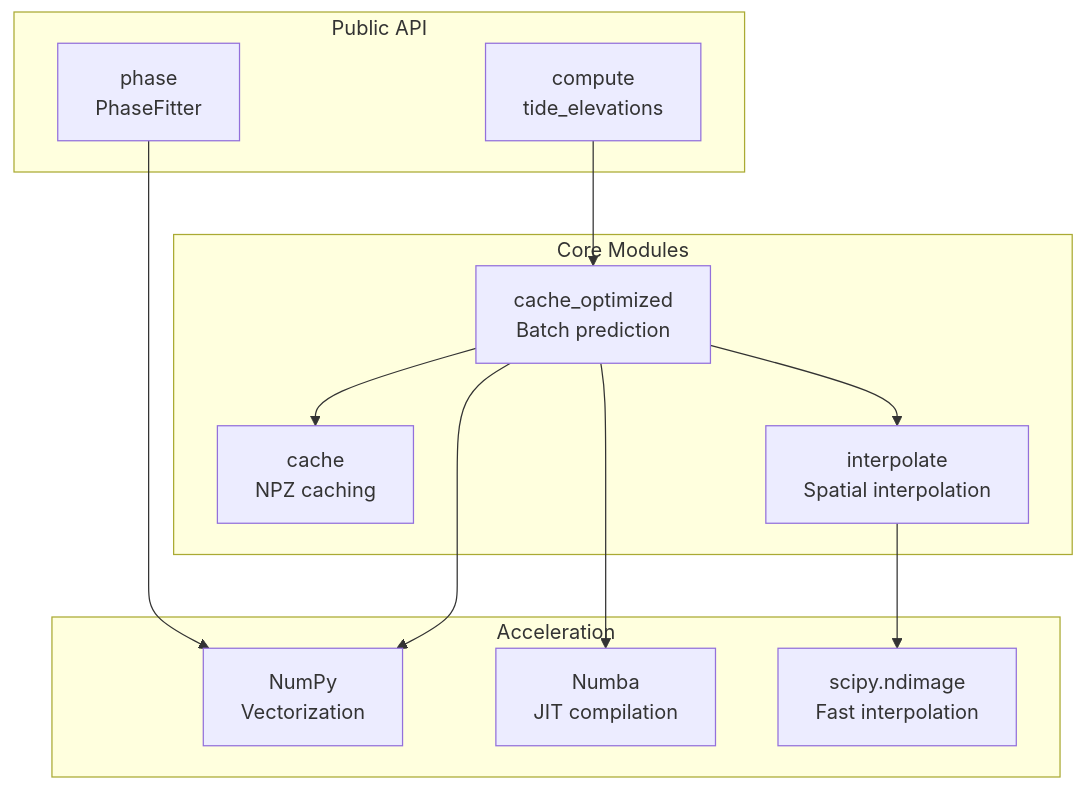
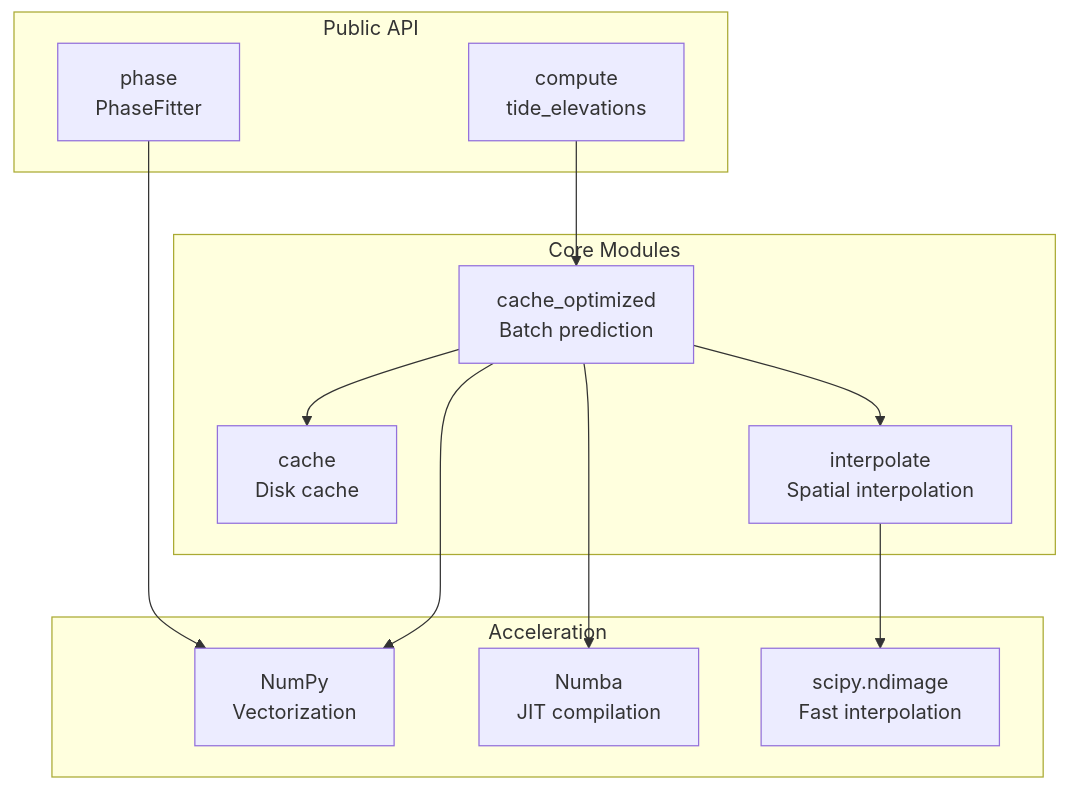
Before and after one commit to tkykszk/pyTMD_turbo: the first of 2 diagrams in docs/index.md, drawn with Mermaid. The commit also changed other lines of this file and 47 other files, not shown here.

````diff
--- a/docs/index.md
+++ b/docs/index.md
@@ -14,27 +14,27 @@
 ```mermaid
 graph TB
     subgraph API["Public API"]
         CE[compute<br/>tide_elevations]
         PH[phase<br/>PhaseFitter]
     end
 
     subgraph Core["Core Modules"]
-        CA[cache<br/>NPZ caching]
+        CA[cache<br/>Disk cache]
         CO[cache_optimized<br/>Batch prediction]
         IN[interpolate<br/>Spatial interpolation]
     end
 
     subgraph Accel["Acceleration"]
         NP[NumPy<br/>Vectorization]
         NB[Numba<br/>JIT compilation]
         SP[scipy.ndimage<br/>Fast interpolation]
     end
 
     CE --> CO
     PH --> NP
     CO --> CA
     CO --> IN
     CO --> NP
     CO --> NB
     IN --> SP
 ```
````
